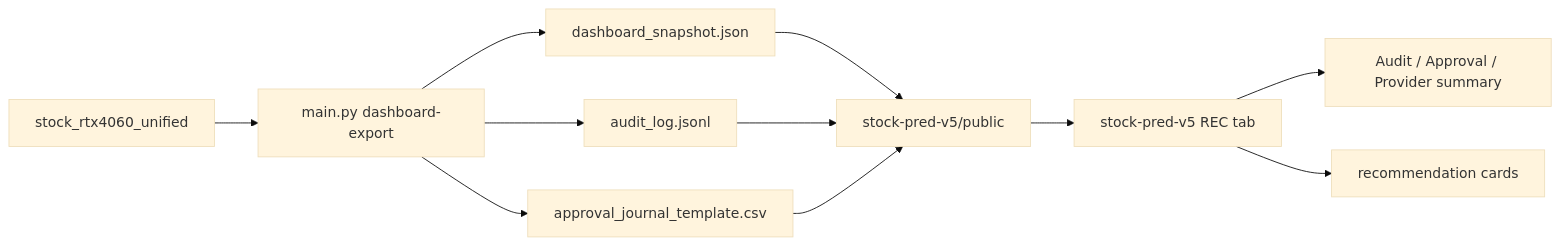
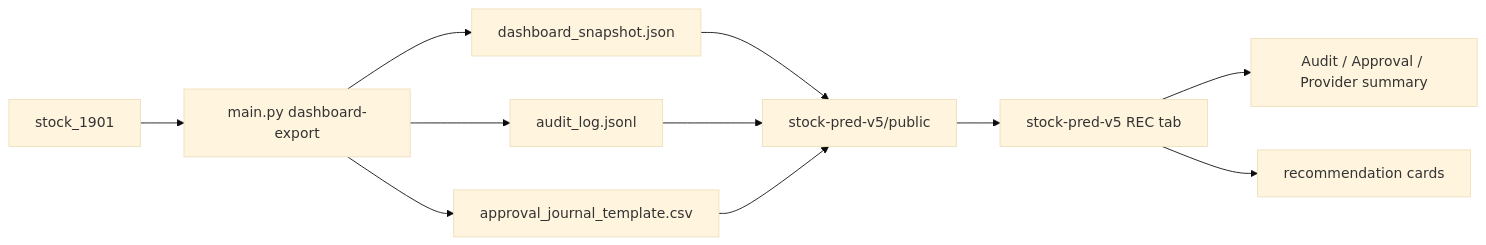
Before and after one commit to macho715/stock_hermes: the fourth of 7 diagrams in README.md, drawn with Mermaid (base theme). The commit also changed other lines of this file and 7 other files, not shown here.

````diff
--- a/README.md
+++ b/README.md
@@ -381,13 +381,13 @@
 ```mermaid
 flowchart LR
-    Backend[stock_rtx4060_unified] --> Command[main.py dashboard-export]
+    Backend[stock_1901] --> Command[main.py dashboard-export]
     Command --> Snapshot[dashboard_snapshot.json]
     Command --> Audit[audit_log.jsonl]
     Command --> Approval[approval_journal_template.csv]
     Snapshot --> Public[stock-pred-v5/public]
     Audit --> Public
     Approval --> Public
     Public --> Dashboard[stock-pred-v5 REC tab]
     Dashboard --> Ops[Audit / Approval / Provider summary]
     Dashboard --> Recs[recommendation cards]
 ```
````
